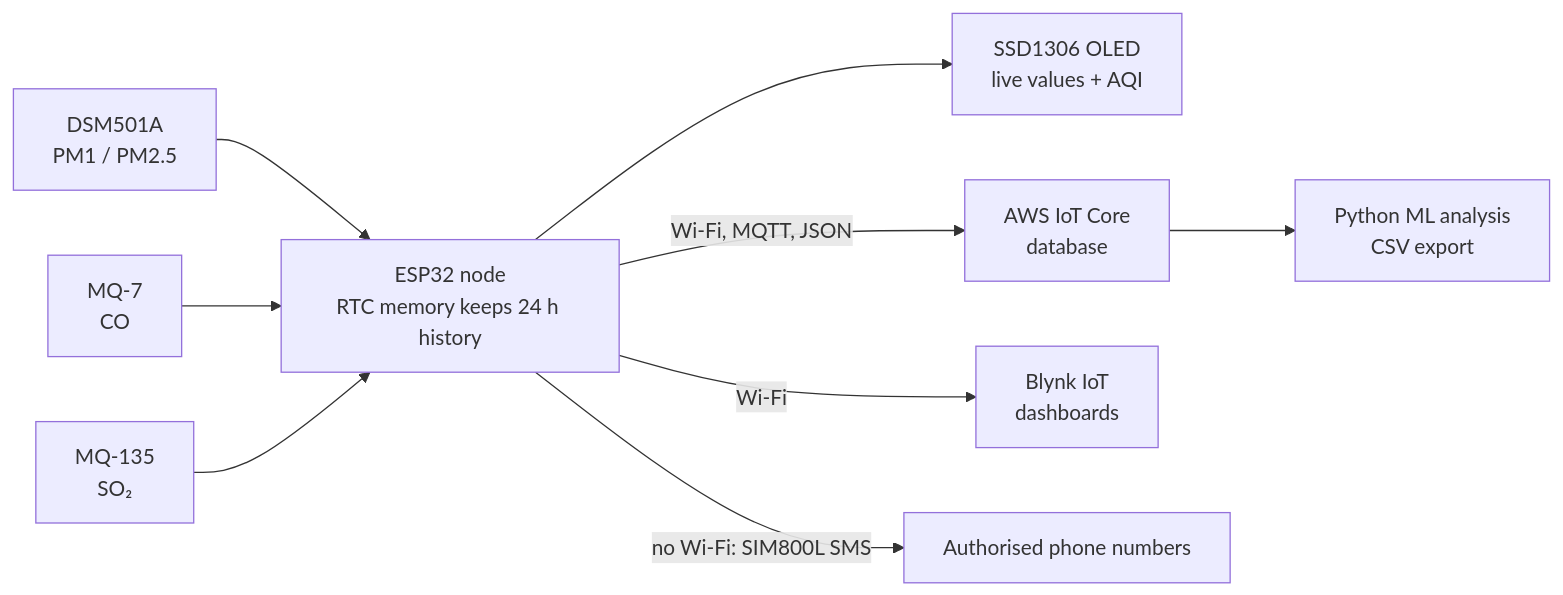
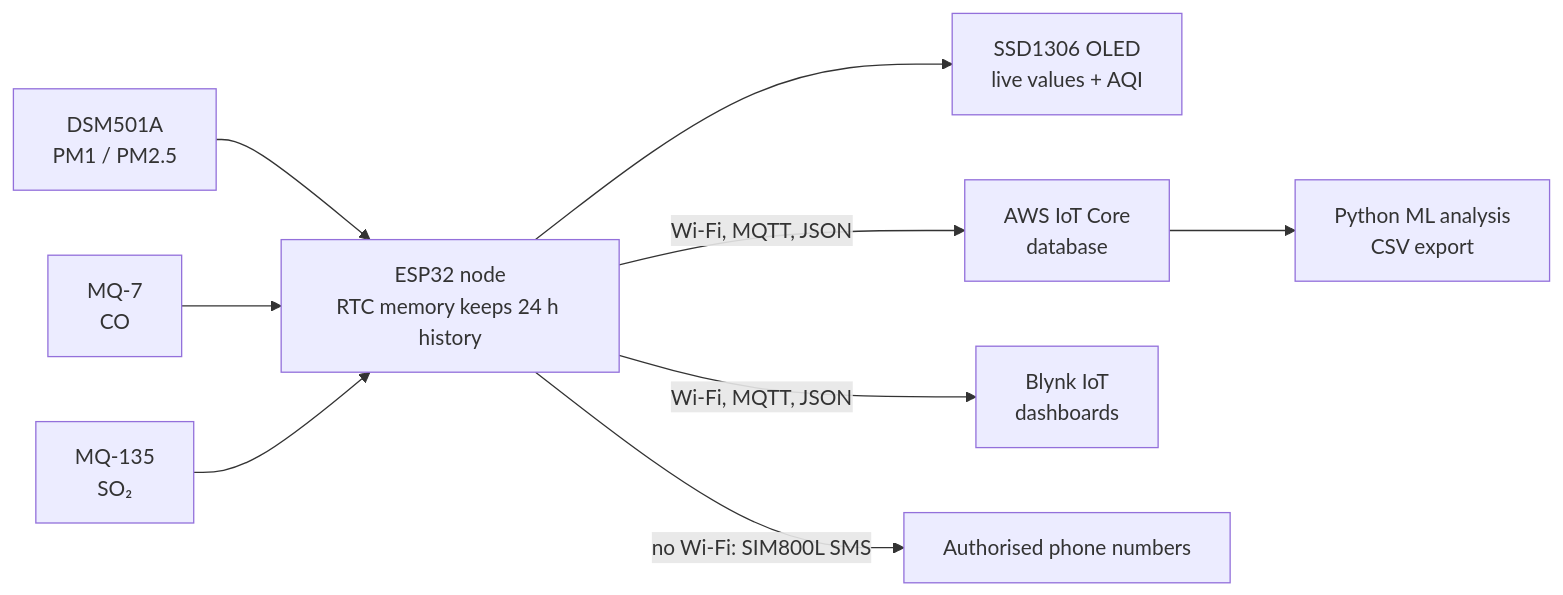
One commit to amnaahmad43200/cloud-connected-aqi-network changed the diagram in README.md. Above: the diagram before and after it, drawn with Mermaid.

````diff
--- a/README.md
+++ b/README.md
@@ -32,11 +32,11 @@
 ```mermaid
 flowchart LR
     S1[DSM501A<br/>PM1 / PM2.5] --> E
     S2[MQ-7<br/>CO] --> E
     S3[MQ-135<br/>SO₂] --> E
     E[ESP32 node<br/>RTC memory keeps 24 h history] --> O[SSD1306 OLED<br/>live values + AQI]
     E -->|Wi-Fi, MQTT, JSON| A[AWS IoT Core<br/>database]
-    E -->|Wi-Fi| B[Blynk IoT<br/>dashboards]
+    E -->|Wi-Fi, MQTT, JSON| B[Blynk IoT<br/>dashboards]
     E -->|no Wi-Fi: SIM800L SMS| P[Authorised phone numbers]
     A --> M[Python ML analysis<br/>CSV export]
 ```
````
